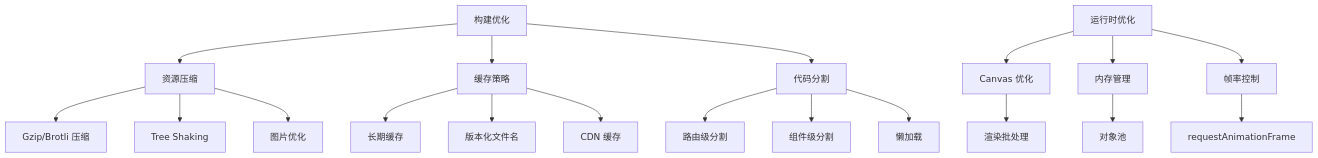
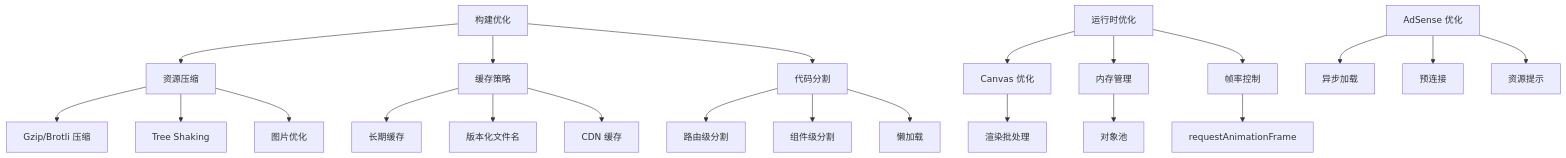
Before and after one commit to mrancc/reimagined-journey: diagram 11 of 21 in .qoder/repowiki/zh/content/部署指南.md, drawn with Mermaid. The commit also changed other lines of this file and 3 other files, not shown here.

````diff
--- a/.qoder/repowiki/zh/content/部署指南.md
+++ b/.qoder/repowiki/zh/content/部署指南.md
@@ -362,21 +397,24 @@
 ```mermaid
 flowchart TD
 A[构建优化] --> B[资源压缩]
 A --> C[缓存策略]
 A --> D[代码分割]
 B --> E[Gzip/Brotli 压缩]
 B --> F[Tree Shaking]
 B --> G[图片优化]
 C --> H[长期缓存]
 C --> I[版本化文件名]
 C --> J[CDN 缓存]
 D --> K[路由级分割]
 D --> L[组件级分割]
 D --> M[懒加载]
 N[运行时优化] --> O[Canvas 优化]
 N --> P[内存管理]
 N --> Q[帧率控制]
 O --> R[渲染批处理]
 P --> S[对象池]
 Q --> T[requestAnimationFrame]
+U[AdSense 优化] --> V[异步加载]
+U --> W[预连接]
+U --> X[资源提示]
 ```
````
